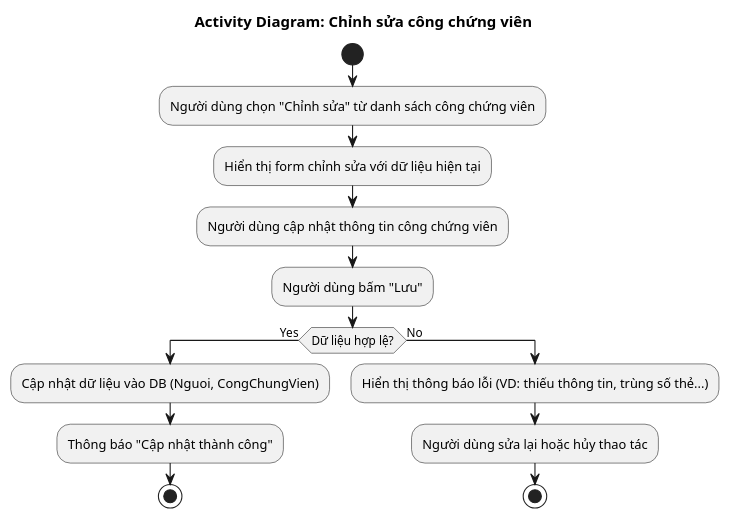
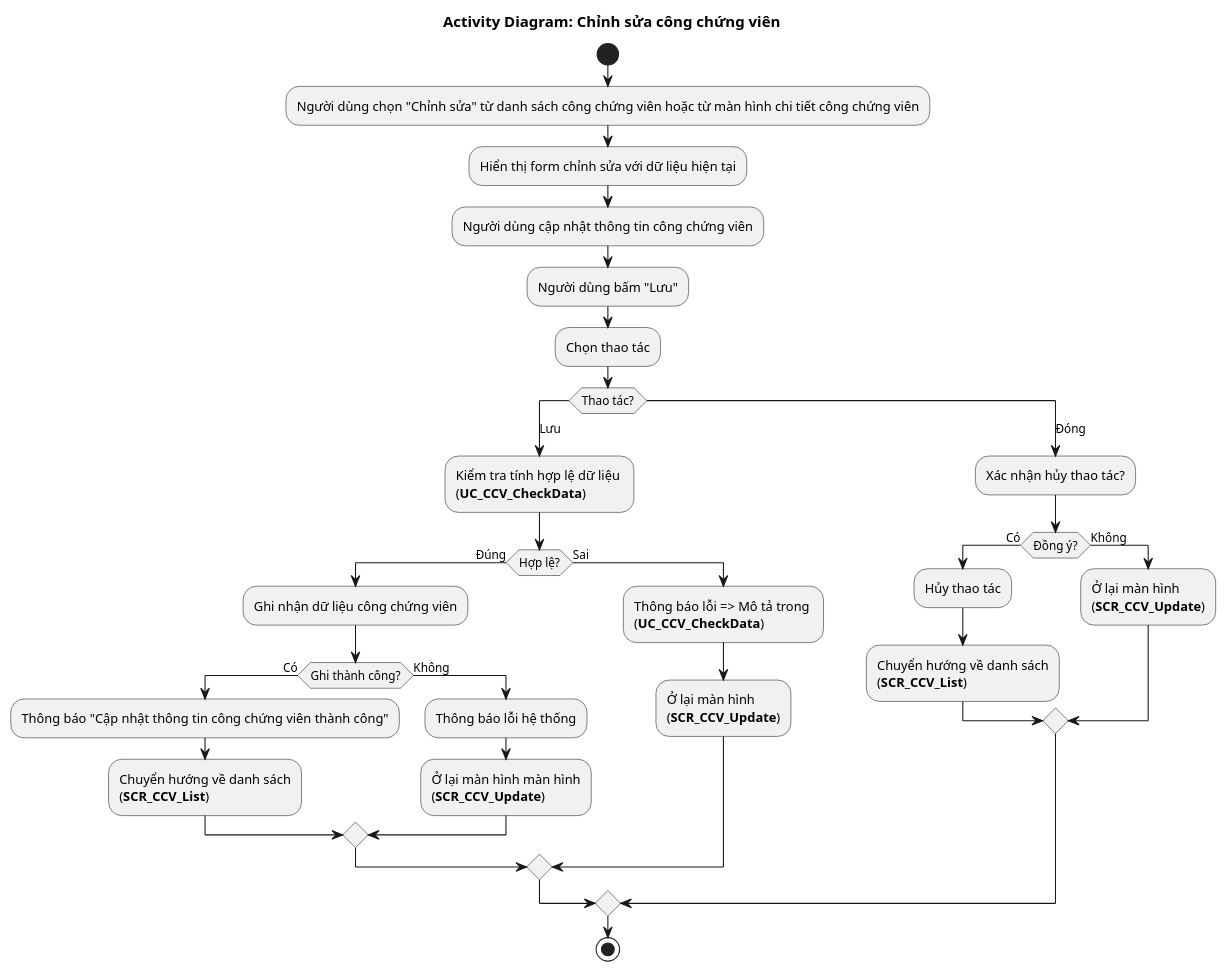
The diagram in Quản lý công chứng viên/4.usecases/CongChungVien/ChinhSua/AD_CCV_Update.puml (alvinnguyen9820-prog/CSDL-Cong-Chung), drawn with PlantUML before and after one commit. The commit also changed 20 other files, not shown here.

```diff
--- a/Quản lý công chứng viên/4.usecases/CongChungVien/ChinhSua/AD_CCV_Update.puml
+++ b/Quản lý công chứng viên/4.usecases/CongChungVien/ChinhSua/AD_CCV_Update.puml
@@ -1,18 +1,36 @@
 @startuml AD_CCV_Update
 title Activity Diagram: Chỉnh sửa công chứng viên
 
 start
-:Người dùng chọn "Chỉnh sửa" từ danh sách công chứng viên;
+:Người dùng chọn "Chỉnh sửa" từ danh sách công chứng viên hoặc từ màn hình chi tiết công chứng viên;
 :Hiển thị form chỉnh sửa với dữ liệu hiện tại;
 :Người dùng cập nhật thông tin công chứng viên;
 :Người dùng bấm "Lưu";
-if (Dữ liệu hợp lệ?) then (Yes)
-  :Cập nhật dữ liệu vào DB (Nguoi, CongChungVien);
-  :Thông báo "Cập nhật thành công";
+:Chọn thao tác;
+  switch (Thao tác?)
+    case (Lưu)
+      :Kiểm tra tính hợp lệ dữ liệu \n(**UC_CCV_CheckData**);
+      if (Hợp lệ?) then (Đúng)
+        :Ghi nhận dữ liệu công chứng viên;
+          if (Ghi thành công?) then (Có)
+            :Thông báo "Cập nhật thông tin công chứng viên thành công";
+            :Chuyển hướng về danh sách\n(**SCR_CCV_List**);
+          else (Không)
+            :Thông báo lỗi hệ thống;
+            :Ở lại màn hình màn hình\n(**SCR_CCV_Update**);
+          endif
+      else (Sai)
+        :Thông báo lỗi => Mô tả trong \n(**UC_CCV_CheckData**);
+        :Ở lại màn hình\n(**SCR_CCV_Update**);
+      endif
+    case (Đóng)
+      :Xác nhận hủy thao tác?;
+      if (Đồng ý?) then (Có)
+        :Hủy thao tác;
+        :Chuyển hướng về danh sách\n(**SCR_CCV_List**);
+      else (Không)
+        :Ở lại màn hình\n(**SCR_CCV_Update**);
+      endif
+  endswitch
   stop
-else (No)
-  :Hiển thị thông báo lỗi (VD: thiếu thông tin, trùng số thẻ...);
-  :Người dùng sửa lại hoặc hủy thao tác;
-  stop
-endif
 @enduml
```
